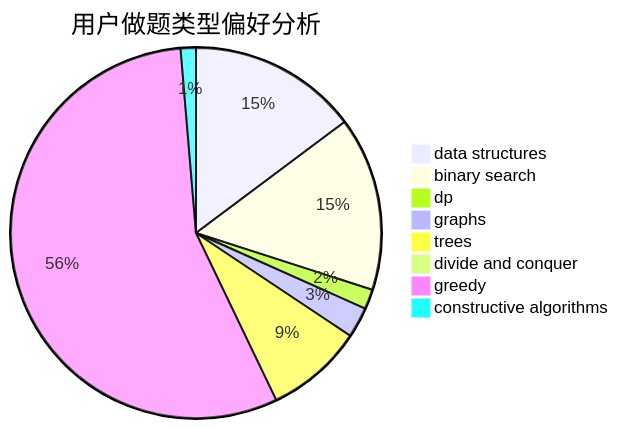
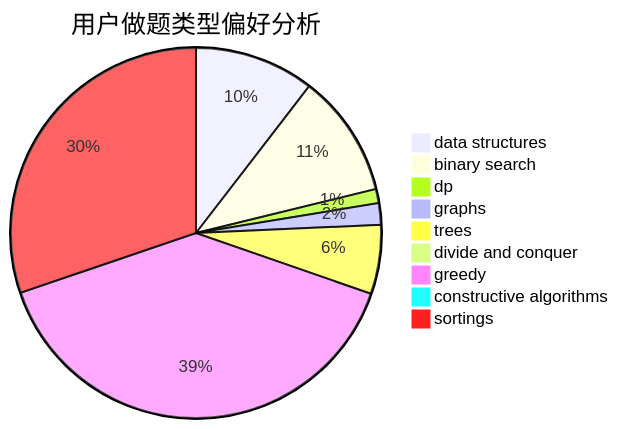
Before and after one commit to sherpahu/cfrs.github.io: the second of 3 diagrams in docs/user/u1107.md, drawn with Mermaid. The commit also changed other lines of this file and 2769 other files, not shown here.

````diff
--- a/docs/user/u1107.md
+++ b/docs/user/u1107.md
@@ -23,11 +18,12 @@
 ```mermaid
 pie title 用户做题类型偏好分析
     "data structures" :  111
     "binary search" :  114
     "dp" :  13
     "graphs" :  20
     "trees" :  64
     "divide and conquer" :  1
     "greedy" :  419
     "constructive algorithms" :  10
+    "sortings" :  321
 ```
````
